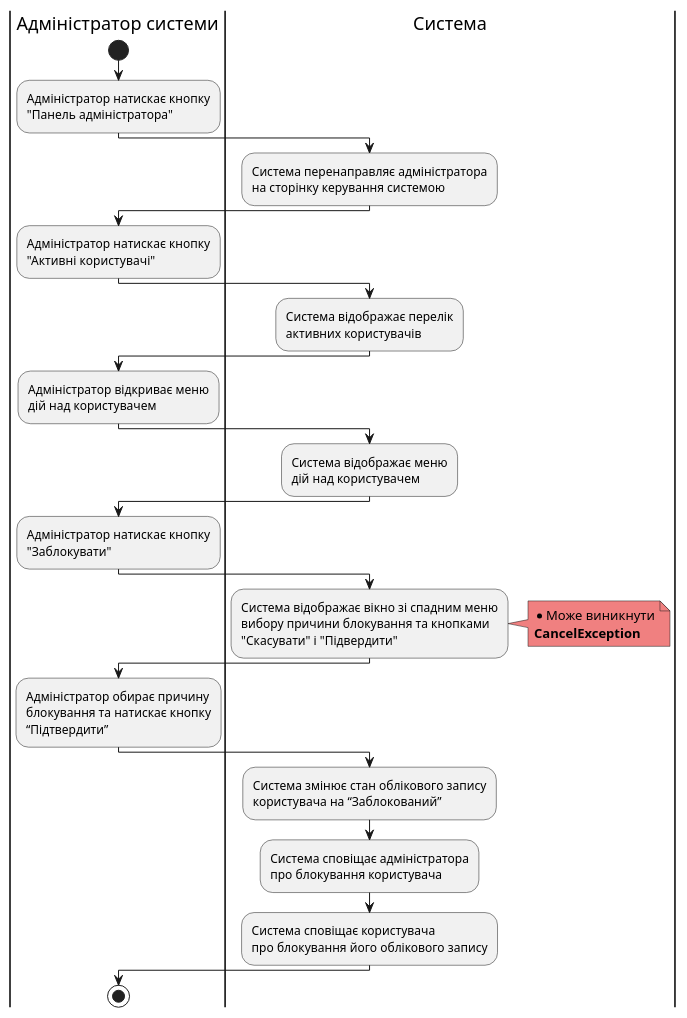
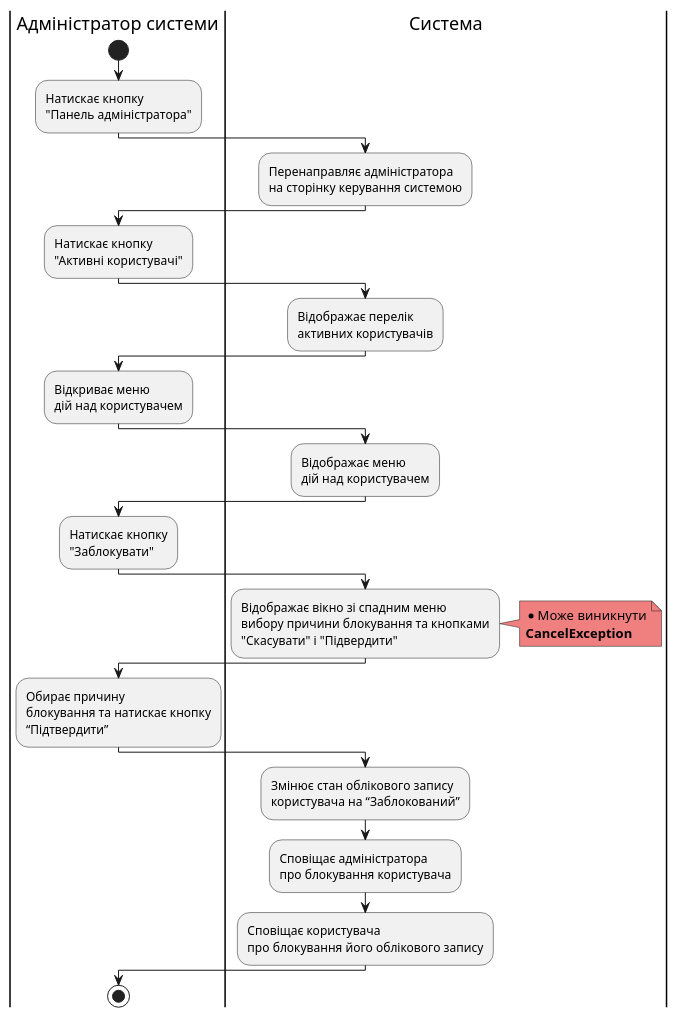
The seventh of 9 diagrams in docs/use cases/README.md (samoilenkomariia/db-coursework), drawn with PlantUML before and after one commit. The commit also changed other lines of this file, not shown here.

Commit message:
edited activity diagrams README.md

```diff
--- a/docs/use cases/README.md
+++ b/docs/use cases/README.md
@@ -270,33 +270,33 @@
 @startuml
       
       |Адміністратор системи|
       start
-      :Адміністратор натискає кнопку\n"Панель адміністратора";
+      :Натискає кнопку\n"Панель адміністратора";
       |Система|
-      :Система перенаправляє адміністратора\nна сторінку керування системою;
+      :Перенаправляє адміністратора\nна сторінку керування системою;
       |Адміністратор системи|
-      :Адміністратор натискає кнопку\n"Активні користувачі";
+      :Натискає кнопку\n"Активні користувачі";
       |Система|
-      :Система відображає перелік\nактивних користувачів;
+      :Відображає перелік\nактивних користувачів;
       |Адміністратор системи|
-      :Адміністратор відкриває меню\nдій над користувачем;
+      :Відкриває меню\nдій над користувачем;
       |Система|
-      :Система відображає меню\nдій над користувачем;
+      :Відображає меню\nдій над користувачем;
       |Адміністратор системи|
-      :Адміністратор натискає кнопку\n"Заблокувати";
+      :Натискає кнопку\n"Заблокувати";
       |Система|
-      :Система відображає вікно зі спадним меню\nвибору причини блокування та кнопками\n"Скасувати" і "Підвердити";
+      :Відображає вікно зі спадним меню\nвибору причини блокування та кнопками\n"Скасувати" і "Підвердити";
       note right #lightcoral
         * Може виникнути
         <b>CancelException</b>
       end note
       |Адміністратор системи|
-      :Адміністратор обирає причину\nблокування та натискає кнопку\n“Підтвердити”;
+      :Обирає причину\nблокування та натискає кнопку\n“Підтвердити”;
       |Система|
-      :Система змінює стан облікового запису\nкористувача на “Заблокований”;
-      :Система сповіщає адміністратора\nпро блокування користувача;
-      :Система сповіщає користувача\nпро блокування його облікового запису;
+      :Змінює стан облікового запису\nкористувача на “Заблокований”;
+      :Сповіщає адміністратора\nпро блокування користувача;
+      :Сповіщає користувача\nпро блокування його облікового запису;
       |Адміністратор системи|
       stop
 
 @enduml
```
